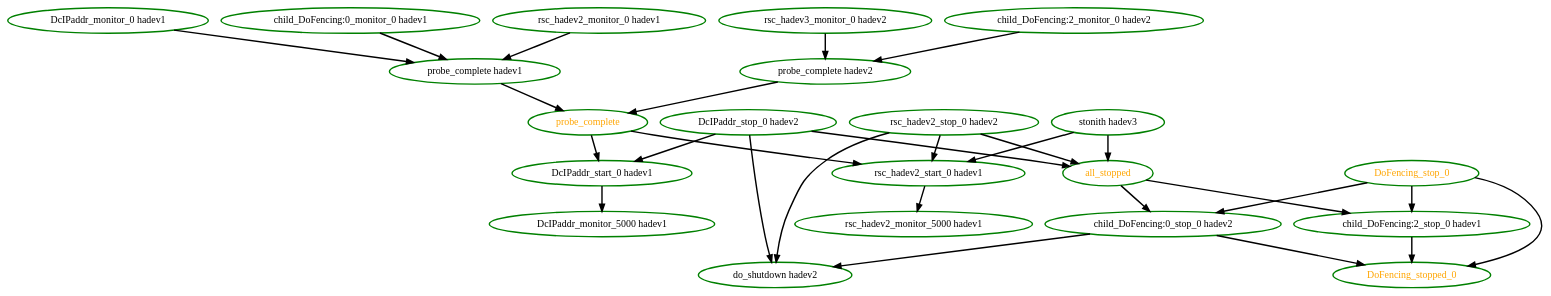
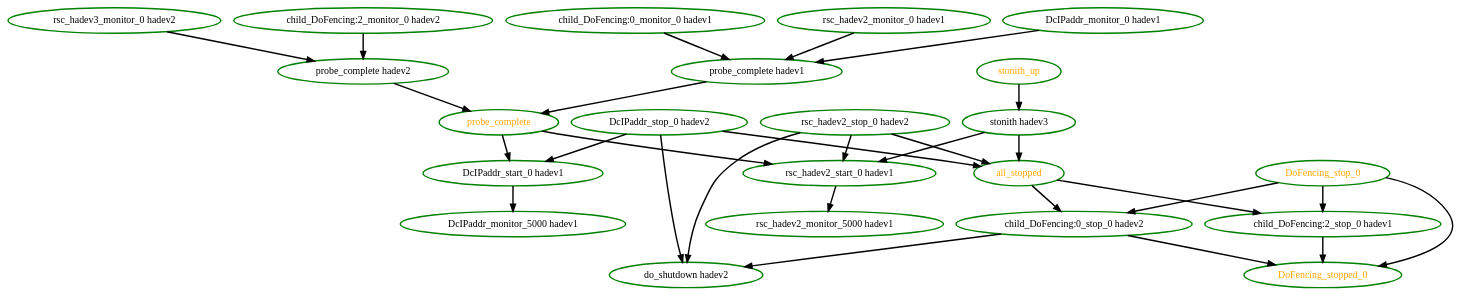
The diagram in crm/pengine/testcases/594.dot (richiewen8/heartbeat), drawn with Graphviz before and after one commit. The commit also changed 33 other files, not shown here.

```diff
--- a/crm/pengine/testcases/594.dot
+++ b/crm/pengine/testcases/594.dot
@@ -1,50 +1,52 @@
  digraph "g" {
 "DcIPaddr_monitor_0 hadev1" -> "probe_complete hadev1" [ style = bold]
 "DcIPaddr_monitor_0 hadev1" [ style=bold color="green" fontcolor="black" ]
 "DcIPaddr_monitor_5000 hadev1" [ style=bold color="green" fontcolor="black" ]
 "DcIPaddr_start_0 hadev1" -> "DcIPaddr_monitor_5000 hadev1" [ style = bold]
 "DcIPaddr_start_0 hadev1" [ style=bold color="green" fontcolor="black" ]
 "DcIPaddr_stop_0 hadev2" -> "DcIPaddr_start_0 hadev1" [ style = bold]
 "DcIPaddr_stop_0 hadev2" -> "all_stopped" [ style = bold]
 "DcIPaddr_stop_0 hadev2" -> "do_shutdown hadev2" [ style = bold]
 "DcIPaddr_stop_0 hadev2" [ style=bold color="green" fontcolor="black" ]
 "DoFencing_stop_0" -> "DoFencing_stopped_0" [ style = bold]
 "DoFencing_stop_0" -> "child_DoFencing:0_stop_0 hadev2" [ style = bold]
 "DoFencing_stop_0" -> "child_DoFencing:2_stop_0 hadev1" [ style = bold]
 "DoFencing_stop_0" [ style=bold color="green" fontcolor="orange" ]
 "DoFencing_stopped_0" [ style=bold color="green" fontcolor="orange" ]
 "all_stopped" -> "child_DoFencing:0_stop_0 hadev2" [ style = bold]
 "all_stopped" -> "child_DoFencing:2_stop_0 hadev1" [ style = bold]
 "all_stopped" [ style=bold color="green" fontcolor="orange"  ]
 "child_DoFencing:0_monitor_0 hadev1" -> "probe_complete hadev1" [ style = bold]
 "child_DoFencing:0_monitor_0 hadev1" [ style=bold color="green" fontcolor="black" ]
 "child_DoFencing:0_stop_0 hadev2" -> "DoFencing_stopped_0" [ style = bold]
 "child_DoFencing:0_stop_0 hadev2" -> "do_shutdown hadev2" [ style = bold]
 "child_DoFencing:0_stop_0 hadev2" [ style=bold color="green" fontcolor="black" ]
 "child_DoFencing:2_monitor_0 hadev2" -> "probe_complete hadev2" [ style = bold]
 "child_DoFencing:2_monitor_0 hadev2" [ style=bold color="green" fontcolor="black" ]
 "child_DoFencing:2_stop_0 hadev1" -> "DoFencing_stopped_0" [ style = bold]
 "child_DoFencing:2_stop_0 hadev1" [ style=bold color="green" fontcolor="black" ]
 "do_shutdown hadev2" [ style=bold color="green" fontcolor="black" ]
 "probe_complete hadev1" -> "probe_complete" [ style = bold]
 "probe_complete hadev1" [ style=bold color="green" fontcolor="black" ]
 "probe_complete hadev2" -> "probe_complete" [ style = bold]
 "probe_complete hadev2" [ style=bold color="green" fontcolor="black" ]
 "probe_complete" -> "DcIPaddr_start_0 hadev1" [ style = bold]
 "probe_complete" -> "rsc_hadev2_start_0 hadev1" [ style = bold]
 "probe_complete" [ style=bold color="green" fontcolor="orange" ]
 "rsc_hadev2_monitor_0 hadev1" -> "probe_complete hadev1" [ style = bold]
 "rsc_hadev2_monitor_0 hadev1" [ style=bold color="green" fontcolor="black" ]
 "rsc_hadev2_monitor_5000 hadev1" [ style=bold color="green" fontcolor="black" ]
 "rsc_hadev2_start_0 hadev1" -> "rsc_hadev2_monitor_5000 hadev1" [ style = bold]
 "rsc_hadev2_start_0 hadev1" [ style=bold color="green" fontcolor="black" ]
 "rsc_hadev2_stop_0 hadev2" -> "all_stopped" [ style = bold]
 "rsc_hadev2_stop_0 hadev2" -> "do_shutdown hadev2" [ style = bold]
 "rsc_hadev2_stop_0 hadev2" -> "rsc_hadev2_start_0 hadev1" [ style = bold]
 "rsc_hadev2_stop_0 hadev2" [ style=bold color="green" fontcolor="black" ]
 "rsc_hadev3_monitor_0 hadev2" -> "probe_complete hadev2" [ style = bold]
 "rsc_hadev3_monitor_0 hadev2" [ style=bold color="green" fontcolor="black" ]
 "stonith hadev3" -> "all_stopped" [ style = bold]
 "stonith hadev3" -> "rsc_hadev2_start_0 hadev1" [ style = bold]
 "stonith hadev3" [ style=bold color="green" fontcolor="black" ]
+"stonith_up" -> "stonith hadev3" [ style = bold]
+"stonith_up" [ style=bold color="green" fontcolor="orange"  ]
 }
```
